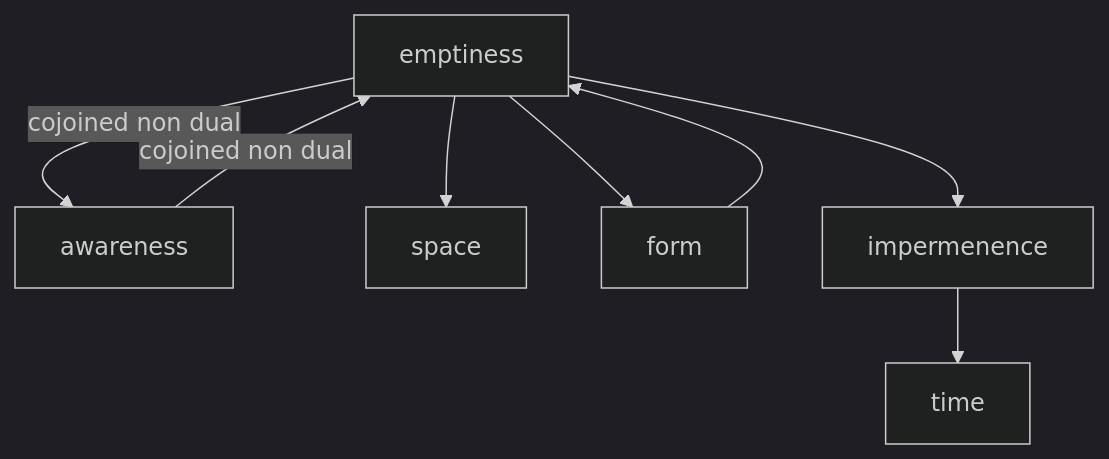
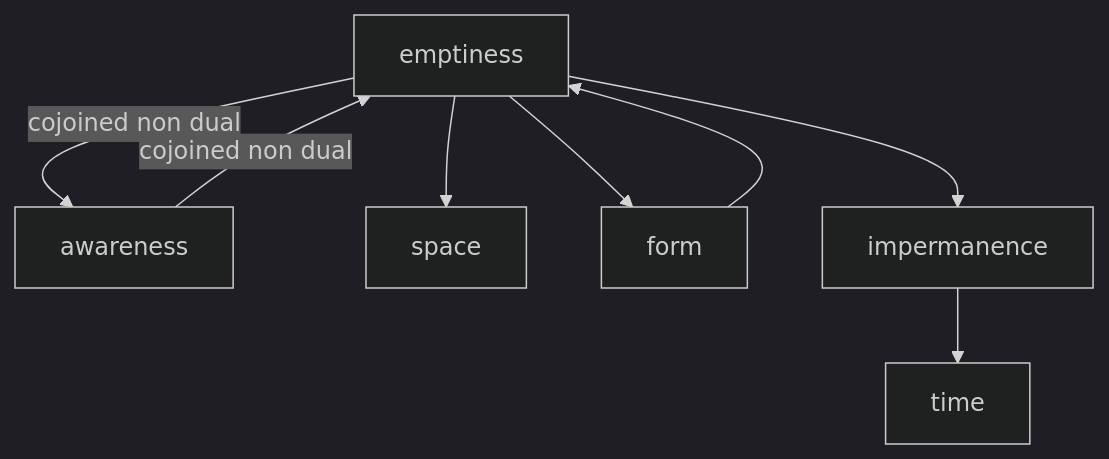
One commit to shane0/shane0.github.io changed the diagram in docs/emptiness.md. Above: the diagram before and after it, drawn with Mermaid (dark theme). The commit also changed other lines of this file and 27 other files, not shown here.

````diff
--- a/docs/emptiness.md
+++ b/docs/emptiness.md
@@ -15,10 +18,10 @@
 ```mermaid
 graph
 emptiness -- cojoined non dual --> awareness
 awareness -- cojoined non dual --> emptiness 
 emptiness --> space
 emptiness --> form  
 form --> emptiness 
-emptiness --> impermenence 
-impermenence --> time
+emptiness --> impermanence 
+impermanence --> time
 ```
````
